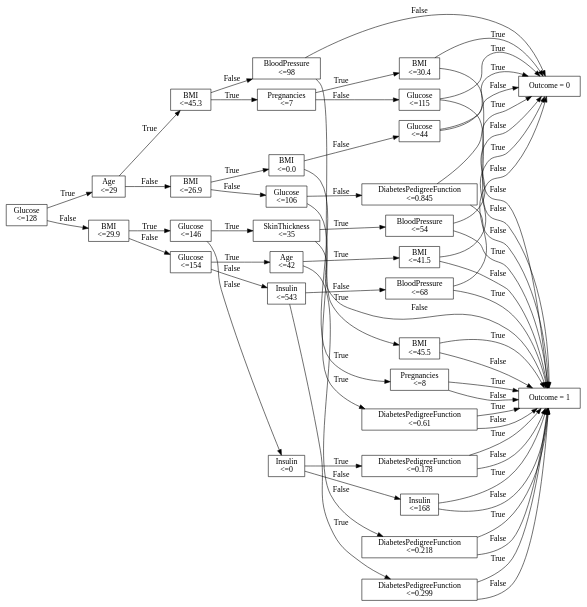
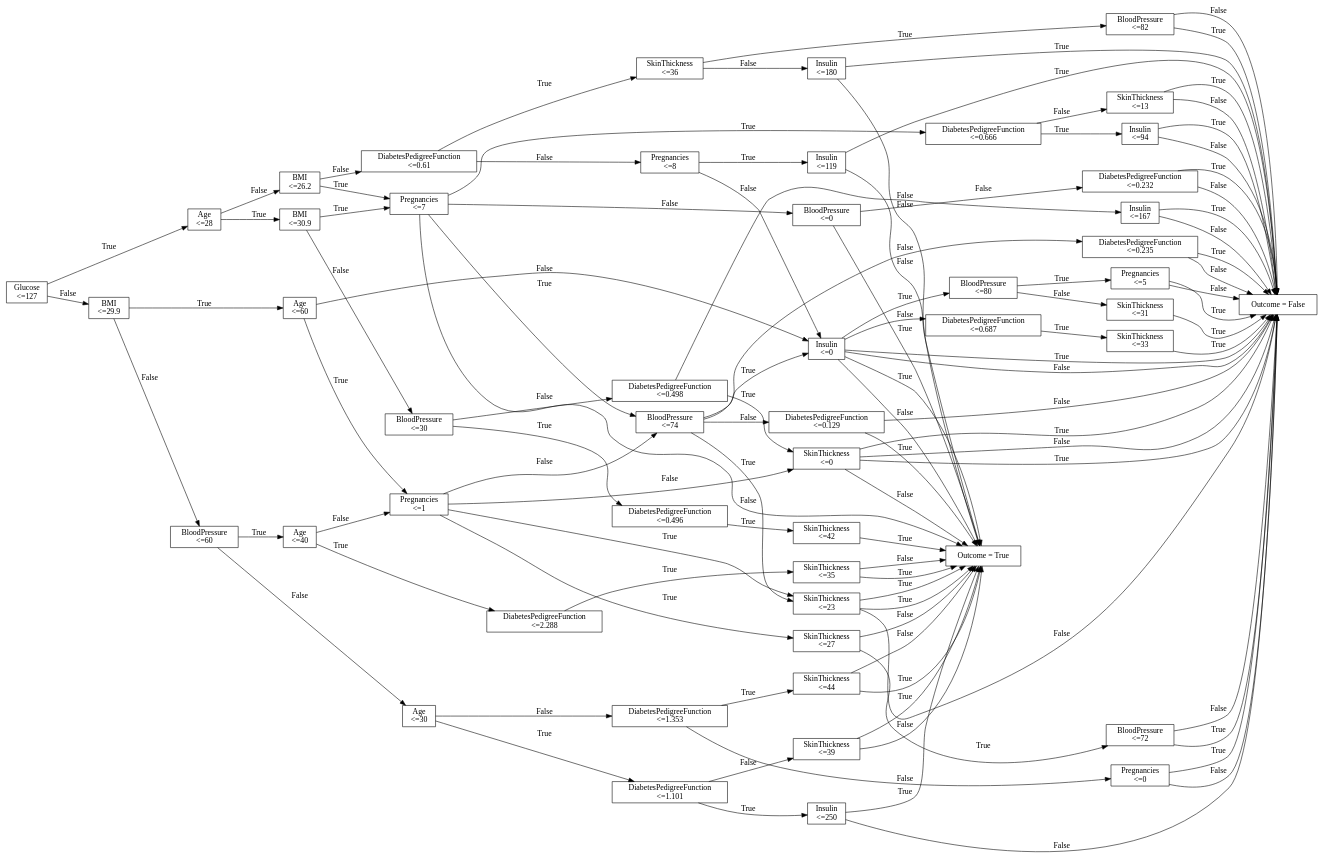
One commit to Debanjan2001/CS60050-Machine-Learning changed the diagram in Assignment-1/decision_tree.gv. Above: the diagram before and after it, drawn with Graphviz. The commit also changed 5 other files, not shown here.

```diff
--- a/Assignment-1/decision_tree.gv
+++ b/Assignment-1/decision_tree.gv
@@ -2,147 +2,263 @@
 	rankdir=LR size="1000,500"
 	node [shape=rectangle]
 	"Glucose
-<=128" -> "Age
-<=29" [label=True]
+<=127" -> "Age
+<=28" [label=True]
 	"Glucose
-<=128" -> "BMI
+<=127" -> "BMI
 <=29.9" [label=False]
 	"Age
-<=29" -> "BMI
-<=45.3" [label=True]
+<=28" -> "BMI
+<=30.9" [label=True]
 	"Age
-<=29" -> "BMI
-<=26.9" [label=False]
+<=28" -> "BMI
+<=26.2" [label=False]
 	"BMI
-<=29.9" -> "Glucose
-<=146" [label=True]
+<=29.9" -> "Age
+<=60" [label=True]
 	"BMI
-<=29.9" -> "Glucose
-<=154" [label=False]
+<=29.9" -> "BloodPressure
+<=60" [label=False]
 	"BMI
-<=45.3" -> "Pregnancies
+<=30.9" -> "Pregnancies
 <=7" [label=True]
 	"BMI
-<=45.3" -> "BloodPressure
-<=98" [label=False]
+<=30.9" -> "BloodPressure
+<=30" [label=False]
 	"BMI
-<=26.9" -> "BMI
-<=0.0" [label=True]
+<=26.2" -> "Pregnancies
+<=7" [label=True]
 	"BMI
-<=26.9" -> "Glucose
-<=106" [label=False]
-	"Glucose
-<=146" -> "SkinThickness
-<=35" [label=True]
-	"Glucose
-<=146" -> "Insulin
+<=26.2" -> "DiabetesPedigreeFunction
+<=0.61" [label=False]
+	"Age
+<=60" -> "Pregnancies
+<=1" [label=True]
+	"Age
+<=60" -> "Insulin
 <=0" [label=False]
-	"Glucose
-<=154" -> "Age
-<=42" [label=True]
-	"Glucose
-<=154" -> "Insulin
-<=543" [label=False]
+	"BloodPressure
+<=60" -> "Age
+<=40" [label=True]
+	"BloodPressure
+<=60" -> "Age
+<=30" [label=False]
 	"Pregnancies
-<=7" -> "BMI
-<=30.4" [label=True]
+<=7" -> "DiabetesPedigreeFunction
+<=0.666" [label=True]
 	"Pregnancies
-<=7" -> "Glucose
-<=115" [label=False]
+<=7" -> "Outcome = True" [label=False]
 	"BloodPressure
-<=98" -> "BMI
-<=45.5" [label=True]
+<=30" -> "DiabetesPedigreeFunction
+<=0.496" [label=True]
 	"BloodPressure
-<=98" -> "Outcome = 0" [label=False]
-	"BMI
-<=0.0" -> "Pregnancies
-<=8" [label=True]
-	"BMI
-<=0.0" -> "Glucose
-<=44" [label=False]
-	"Glucose
-<=106" -> "DiabetesPedigreeFunction
-<=0.61" [label=True]
-	"Glucose
-<=106" -> "DiabetesPedigreeFunction
-<=0.845" [label=False]
-	"SkinThickness
-<=35" -> "BloodPressure
-<=54" [label=True]
-	"SkinThickness
-<=35" -> "Outcome = 1" [label=False]
+<=30" -> "DiabetesPedigreeFunction
+<=0.498" [label=False]
+	"Pregnancies
+<=7" -> "BloodPressure
+<=74" [label=True]
+	"Pregnancies
+<=7" -> "BloodPressure
+<=0" [label=False]
+	"DiabetesPedigreeFunction
+<=0.61" -> "SkinThickness
+<=36" [label=True]
+	"DiabetesPedigreeFunction
+<=0.61" -> "Pregnancies
+<=8" [label=False]
+	"Pregnancies
+<=1" -> "SkinThickness
+<=27" [label=True]
+	"Pregnancies
+<=1" -> "BloodPressure
+<=74" [label=False]
+	"Insulin
+<=0" -> "BloodPressure
+<=80" [label=True]
 	"Insulin
 <=0" -> "DiabetesPedigreeFunction
-<=0.178" [label=True]
+<=0.687" [label=False]
+	"Age
+<=40" -> "DiabetesPedigreeFunction
+<=2.288" [label=True]
+	"Age
+<=40" -> "Pregnancies
+<=1" [label=False]
+	"Age
+<=30" -> "DiabetesPedigreeFunction
+<=1.101" [label=True]
+	"Age
+<=30" -> "DiabetesPedigreeFunction
+<=1.353" [label=False]
+	"DiabetesPedigreeFunction
+<=0.666" -> "Insulin
+<=94" [label=True]
+	"DiabetesPedigreeFunction
+<=0.666" -> "SkinThickness
+<=13" [label=False]
+	"DiabetesPedigreeFunction
+<=0.496" -> "SkinThickness
+<=42" [label=True]
+	"DiabetesPedigreeFunction
+<=0.498" -> "SkinThickness
+<=0" [label=True]
+	"DiabetesPedigreeFunction
+<=0.498" -> "Insulin
+<=167" [label=False]
+	"BloodPressure
+<=74" -> "Insulin
+<=0" [label=True]
+	"BloodPressure
+<=74" -> "DiabetesPedigreeFunction
+<=0.235" [label=False]
+	"BloodPressure
+<=0" -> "Outcome = True" [label=True]
+	"BloodPressure
+<=0" -> "DiabetesPedigreeFunction
+<=0.232" [label=False]
+	"SkinThickness
+<=36" -> "BloodPressure
+<=82" [label=True]
+	"SkinThickness
+<=36" -> "Insulin
+<=180" [label=False]
+	"Pregnancies
+<=8" -> "Insulin
+<=119" [label=True]
+	"Pregnancies
+<=8" -> "Insulin
+<=0" [label=False]
+	"SkinThickness
+<=27" -> "BloodPressure
+<=72" [label=True]
+	"SkinThickness
+<=27" -> "Outcome = True" [label=False]
+	"BloodPressure
+<=74" -> "SkinThickness
+<=23" [label=True]
+	"BloodPressure
+<=74" -> "DiabetesPedigreeFunction
+<=0.129" [label=False]
+	"BloodPressure
+<=80" -> "Pregnancies
+<=5" [label=True]
+	"BloodPressure
+<=80" -> "SkinThickness
+<=31" [label=False]
+	"DiabetesPedigreeFunction
+<=0.687" -> "SkinThickness
+<=33" [label=True]
+	"DiabetesPedigreeFunction
+<=2.288" -> "SkinThickness
+<=35" [label=True]
+	"Pregnancies
+<=1" -> "SkinThickness
+<=23" [label=True]
+	"Pregnancies
+<=1" -> "SkinThickness
+<=0" [label=False]
+	"DiabetesPedigreeFunction
+<=1.101" -> "Insulin
+<=250" [label=True]
+	"DiabetesPedigreeFunction
+<=1.101" -> "SkinThickness
+<=39" [label=False]
+	"DiabetesPedigreeFunction
+<=1.353" -> "SkinThickness
+<=44" [label=True]
+	"DiabetesPedigreeFunction
+<=1.353" -> "Pregnancies
+<=0" [label=False]
 	"Insulin
-<=0" -> "Insulin
-<=168" [label=False]
-	"Age
-<=42" -> "BMI
-<=41.5" [label=True]
-	"Age
-<=42" -> "DiabetesPedigreeFunction
-<=0.218" [label=False]
+<=94" -> "Outcome = False" [label=True]
 	"Insulin
-<=543" -> "DiabetesPedigreeFunction
-<=0.299" [label=True]
+<=94" -> "Outcome = False" [label=False]
+	"SkinThickness
+<=13" -> "Outcome = False" [label=True]
+	"SkinThickness
+<=13" -> "Outcome = False" [label=False]
+	"SkinThickness
+<=42" -> "Outcome = True" [label=True]
+	"SkinThickness
+<=0" -> "Outcome = False" [label=True]
+	"SkinThickness
+<=0" -> "Outcome = False" [label=False]
 	"Insulin
-<=543" -> "BloodPressure
-<=68" [label=False]
-	"BMI
-<=30.4" -> "Outcome = 0" [label=True]
-	"BMI
-<=30.4" -> "Outcome = 1" [label=False]
-	"Glucose
-<=115" -> "Outcome = 0" [label=True]
-	"Glucose
-<=115" -> "Outcome = 1" [label=False]
-	"BMI
-<=45.5" -> "Outcome = 1" [label=True]
-	"BMI
-<=45.5" -> "Outcome = 1" [label=False]
+<=167" -> "Outcome = False" [label=True]
+	"Insulin
+<=167" -> "Outcome = False" [label=False]
+	"Insulin
+<=0" -> "Outcome = False" [label=True]
+	"Insulin
+<=0" -> "Outcome = False" [label=False]
+	"DiabetesPedigreeFunction
+<=0.235" -> "Outcome = False" [label=True]
+	"DiabetesPedigreeFunction
+<=0.235" -> "Outcome = False" [label=False]
+	"DiabetesPedigreeFunction
+<=0.232" -> "Outcome = False" [label=True]
+	"DiabetesPedigreeFunction
+<=0.232" -> "Outcome = False" [label=False]
+	"BloodPressure
+<=82" -> "Outcome = False" [label=True]
+	"BloodPressure
+<=82" -> "Outcome = False" [label=False]
+	"Insulin
+<=180" -> "Outcome = False" [label=True]
+	"Insulin
+<=180" -> "Outcome = True" [label=False]
+	"Insulin
+<=119" -> "Outcome = False" [label=True]
+	"Insulin
+<=119" -> "Outcome = True" [label=False]
+	"Insulin
+<=0" -> "Outcome = True" [label=True]
+	"Insulin
+<=0" -> "Outcome = True" [label=False]
+	"BloodPressure
+<=72" -> "Outcome = False" [label=True]
+	"BloodPressure
+<=72" -> "Outcome = False" [label=False]
+	"SkinThickness
+<=23" -> "Outcome = True" [label=True]
+	"SkinThickness
+<=23" -> "Outcome = False" [label=False]
+	"DiabetesPedigreeFunction
+<=0.129" -> "Outcome = True" [label=True]
+	"DiabetesPedigreeFunction
+<=0.129" -> "Outcome = False" [label=False]
 	"Pregnancies
-<=8" -> "Outcome = 1" [label=True]
+<=5" -> "Outcome = False" [label=True]
 	"Pregnancies
-<=8" -> "Outcome = 1" [label=False]
-	"Glucose
-<=44" -> "Outcome = 0" [label=True]
-	"Glucose
-<=44" -> "Outcome = 0" [label=False]
-	"DiabetesPedigreeFunction
-<=0.61" -> "Outcome = 1" [label=True]
-	"DiabetesPedigreeFunction
-<=0.61" -> "Outcome = 1" [label=False]
-	"DiabetesPedigreeFunction
-<=0.845" -> "Outcome = 0" [label=True]
-	"DiabetesPedigreeFunction
-<=0.845" -> "Outcome = 1" [label=False]
-	"BloodPressure
-<=54" -> "Outcome = 1" [label=True]
-	"BloodPressure
-<=54" -> "Outcome = 0" [label=False]
-	"DiabetesPedigreeFunction
-<=0.178" -> "Outcome = 1" [label=True]
-	"DiabetesPedigreeFunction
-<=0.178" -> "Outcome = 1" [label=False]
+<=5" -> "Outcome = False" [label=False]
+	"SkinThickness
+<=31" -> "Outcome = False" [label=True]
+	"SkinThickness
+<=33" -> "Outcome = False" [label=True]
+	"SkinThickness
+<=35" -> "Outcome = True" [label=True]
+	"SkinThickness
+<=35" -> "Outcome = True" [label=False]
+	"SkinThickness
+<=23" -> "Outcome = True" [label=True]
+	"SkinThickness
+<=0" -> "Outcome = False" [label=True]
+	"SkinThickness
+<=0" -> "Outcome = True" [label=False]
 	"Insulin
-<=168" -> "Outcome = 1" [label=True]
+<=250" -> "Outcome = True" [label=True]
 	"Insulin
-<=168" -> "Outcome = 1" [label=False]
-	"BMI
-<=41.5" -> "Outcome = 0" [label=True]
-	"BMI
-<=41.5" -> "Outcome = 1" [label=False]
-	"DiabetesPedigreeFunction
-<=0.218" -> "Outcome = 1" [label=True]
-	"DiabetesPedigreeFunction
-<=0.218" -> "Outcome = 1" [label=False]
-	"DiabetesPedigreeFunction
-<=0.299" -> "Outcome = 1" [label=True]
-	"DiabetesPedigreeFunction
-<=0.299" -> "Outcome = 1" [label=False]
-	"BloodPressure
-<=68" -> "Outcome = 1" [label=True]
-	"BloodPressure
-<=68" -> "Outcome = 0" [label=False]
+<=250" -> "Outcome = False" [label=False]
+	"SkinThickness
+<=39" -> "Outcome = True" [label=True]
+	"SkinThickness
+<=39" -> "Outcome = True" [label=False]
+	"SkinThickness
+<=44" -> "Outcome = True" [label=True]
+	"SkinThickness
+<=44" -> "Outcome = True" [label=False]
+	"Pregnancies
+<=0" -> "Outcome = False" [label=True]
+	"Pregnancies
+<=0" -> "Outcome = False" [label=False]
 }
```
